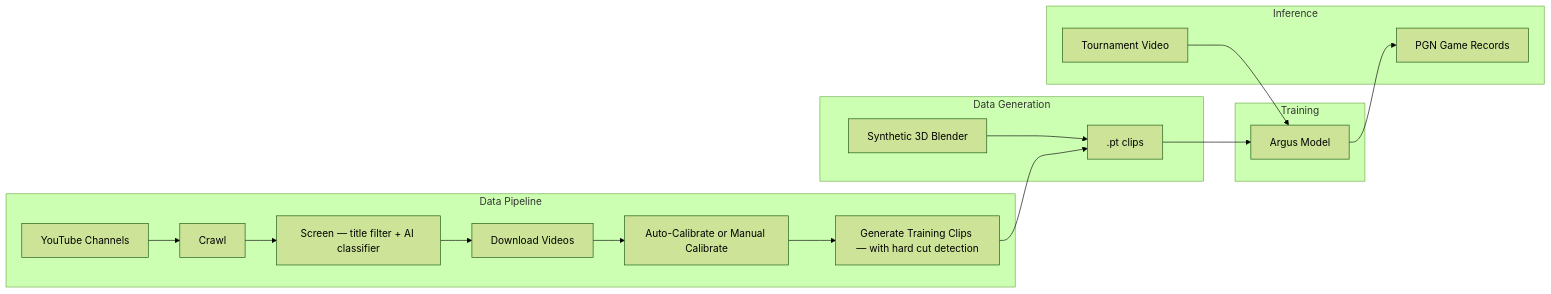
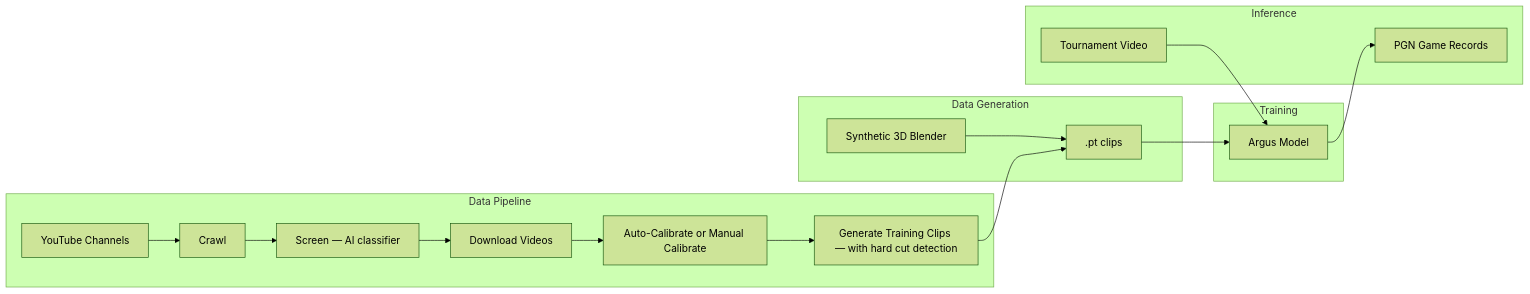
One commit to dscape/argus changed the second of 8 diagrams in README.md. Above: the diagram before and after it, drawn with Mermaid (forest theme). The commit also changed other lines of this file and 22 other files, not shown here.

````diff
--- a/README.md
+++ b/README.md
@@ -55,24 +55,24 @@
 ```mermaid
 graph LR
     subgraph "Data Pipeline"
         A[YouTube Channels] --> B[Crawl]
-        B --> C[Screen — title filter + AI classifier]
+        B --> C[Screen — AI classifier]
         C --> D[Download Videos]
         D --> E[Auto-Calibrate or Manual Calibrate]
         E --> F[Generate Training Clips — with hard cut detection]
     end
 
     subgraph "Data Generation"
         SYN[Synthetic 3D Blender] --> CLIPS[".pt clips"]
         F --> CLIPS
     end
 
     subgraph "Training"
         CLIPS --> MODEL[Argus Model]
     end
 
     subgraph "Inference"
         VID[Tournament Video] --> MODEL
         MODEL --> PGN[PGN Game Records]
     end
 ```
````
